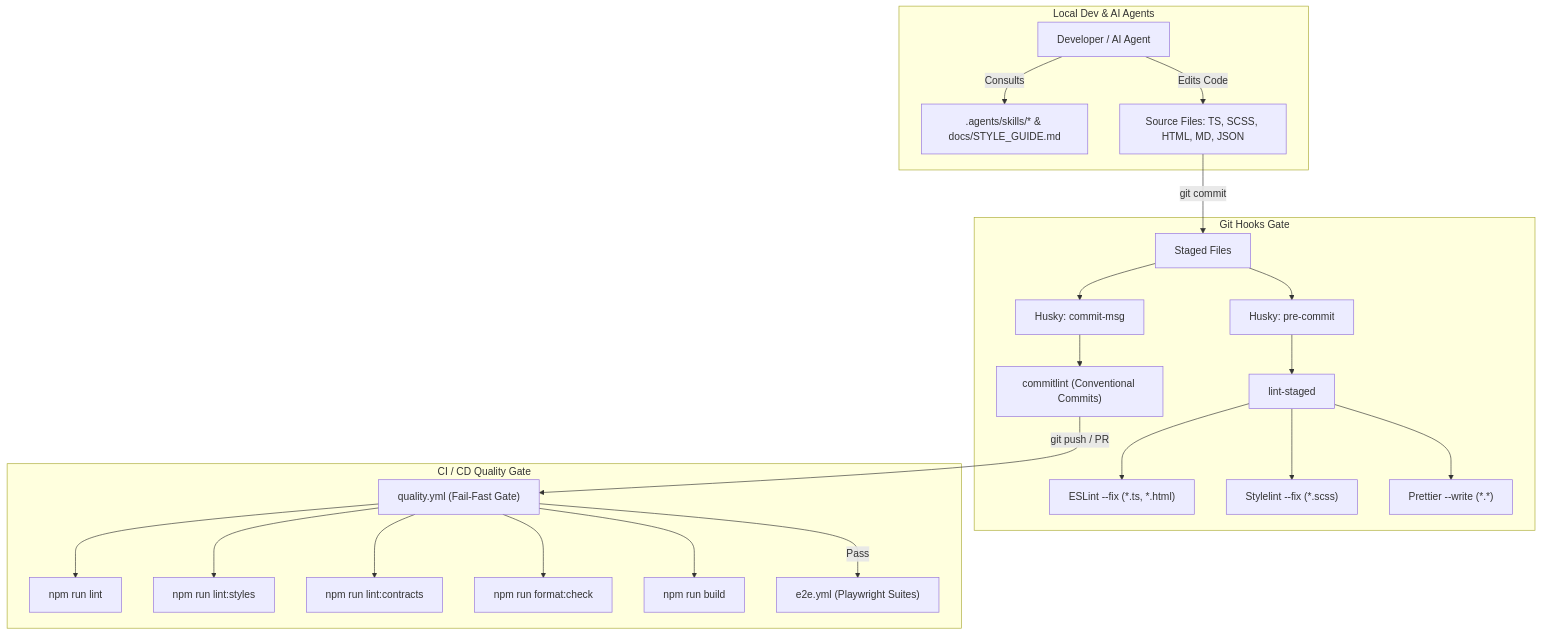
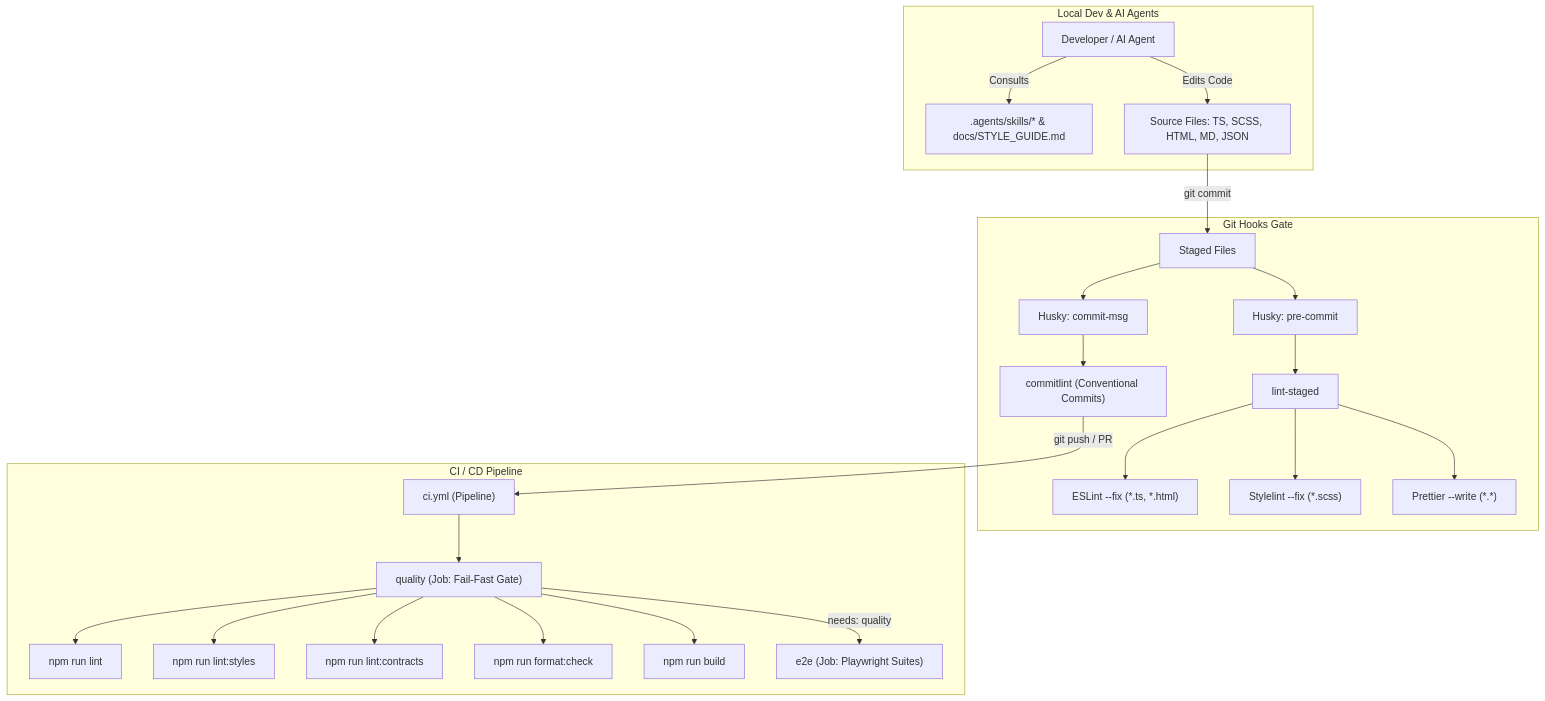
Before and after one commit to luiz-shonen/organiza-ai: the diagram in .specs/features/23-linting-and-formatting-toolchain/design.md, drawn with Mermaid. The commit also changed other lines of this file and 6 other files, not shown here.

````diff
--- a/.specs/features/23-linting-and-formatting-toolchain/design.md
+++ b/.specs/features/23-linting-and-formatting-toolchain/design.md
@@ -17,30 +17,31 @@
 ```mermaid
 graph TD
     subgraph Local Dev & AI Agents
         Agent[Developer / AI Agent]
         Skills[".agents/skills/* & docs/STYLE_GUIDE.md"]
         Agent -->|Consults| Skills
         Agent -->|Edits Code| Code[Source Files: TS, SCSS, HTML, MD, JSON]
     end
 
     subgraph Git Hooks Gate
         Code -->|git commit| Staged[Staged Files]
         Staged --> HuskyPre[Husky: pre-commit]
         HuskyPre --> LintStaged[lint-staged]
         LintStaged --> ESLintFix["ESLint --fix (*.ts, *.html)"]
         LintStaged --> StylelintFix["Stylelint --fix (*.scss)"]
         LintStaged --> PrettierFix["Prettier --write (*.*)"]
         Staged --> HuskyMsg[Husky: commit-msg]
         HuskyMsg --> Commitlint["commitlint (Conventional Commits)"]
     end
 
-    subgraph CI / CD Quality Gate
-        Commitlint -->|git push / PR| CI["quality.yml (Fail-Fast Gate)"]
-        CI --> CILint["npm run lint"]
-        CI --> CIStyles["npm run lint:styles"]
-        CI --> CIContracts["npm run lint:contracts"]
-        CI --> CIFormat["npm run format:check"]
-        CI --> CIBuild["npm run build"]
-        CI -->|Pass| CIE2E["e2e.yml (Playwright Suites)"]
+    subgraph CI / CD Pipeline
+        Commitlint -->|git push / PR| CI["ci.yml (Pipeline)"]
+        CI --> QualityJob["quality (Job: Fail-Fast Gate)"]
+        QualityJob --> CILint["npm run lint"]
+        QualityJob --> CIStyles["npm run lint:styles"]
+        QualityJob --> CIContracts["npm run lint:contracts"]
+        QualityJob --> CIFormat["npm run format:check"]
+        QualityJob --> CIBuild["npm run build"]
+        QualityJob -->|needs: quality| CIE2E["e2e (Job: Playwright Suites)"]
     end
 ```
````
